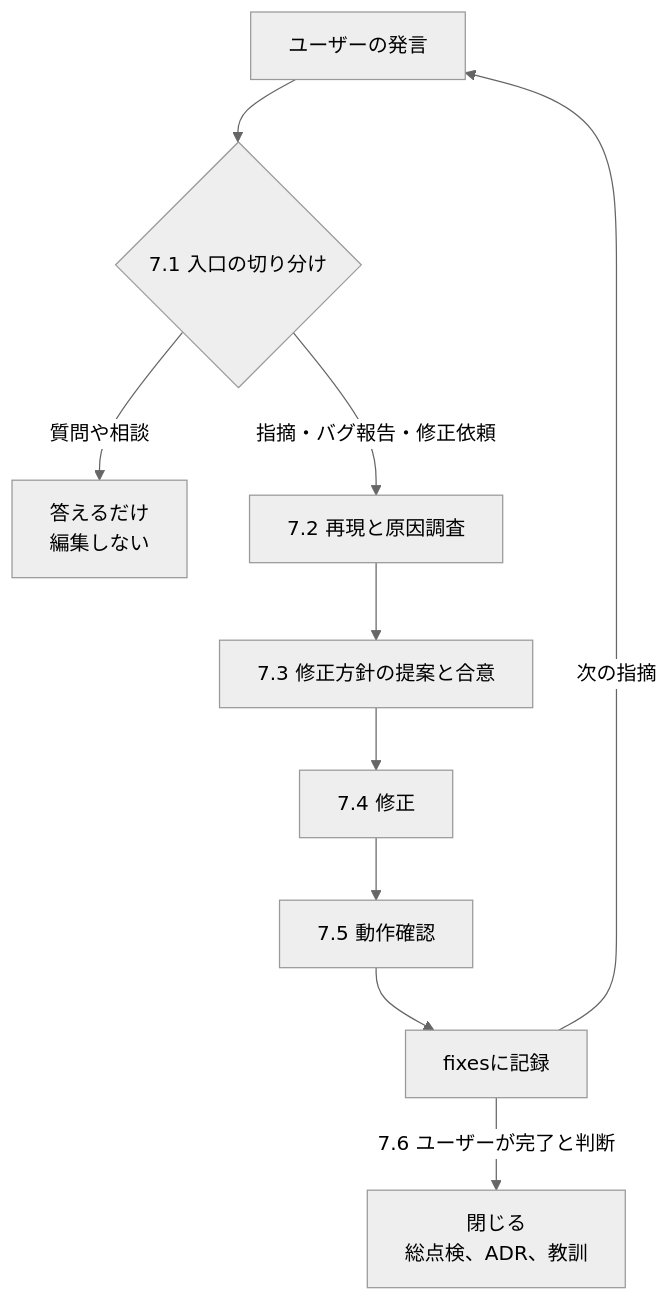
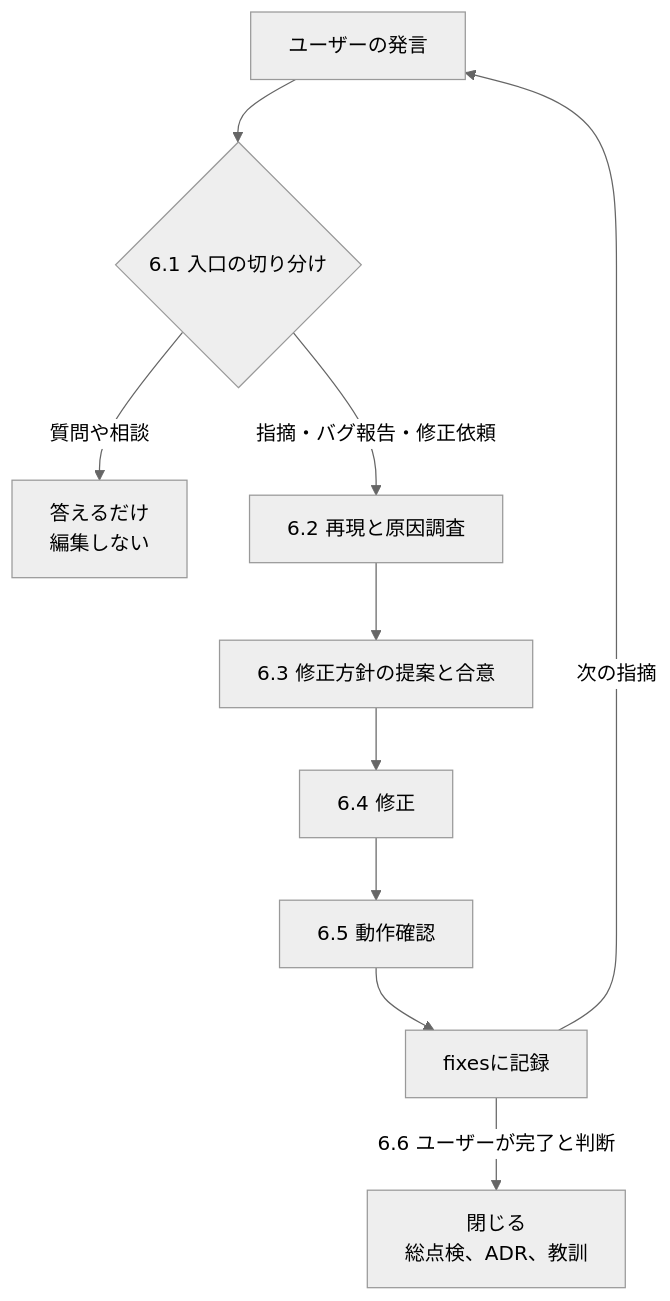
One commit to ng3rdstmadgke/project-template changed the diagram in .claude/skills/project-workflow/SKILL.md. Above: the diagram before and after it, drawn with Mermaid (neutral theme). The commit also changed other lines of this file and 1 other file, not shown here.

````diff
--- a/.claude/skills/project-workflow/SKILL.md
+++ b/.claude/skills/project-workflow/SKILL.md
@@ -176,12 +152,12 @@
 ```mermaid
 flowchart TD
-    A[ユーザーの発言] --> B{7.1 入口の切り分け}
+    A[ユーザーの発言] --> B{6.1 入口の切り分け}
     B -->|質問や相談| Q[答えるだけ<br/>編集しない]
-    B -->|指摘・バグ報告・修正依頼| C[7.2 再現と原因調査]
-    C --> D[7.3 修正方針の提案と合意]
-    D --> E[7.4 修正]
-    E --> F[7.5 動作確認]
+    B -->|指摘・バグ報告・修正依頼| C[6.2 再現と原因調査]
+    C --> D[6.3 修正方針の提案と合意]
+    D --> E[6.4 修正]
+    E --> F[6.5 動作確認]
     F --> G[fixesに記録]
     G -->|次の指摘| A
-    G -->|7.6 ユーザーが完了と判断| H[閉じる<br>総点検、ADR、教訓]
+    G -->|6.6 ユーザーが完了と判断| H[閉じる<br>総点検、ADR、教訓]
 ```
````
